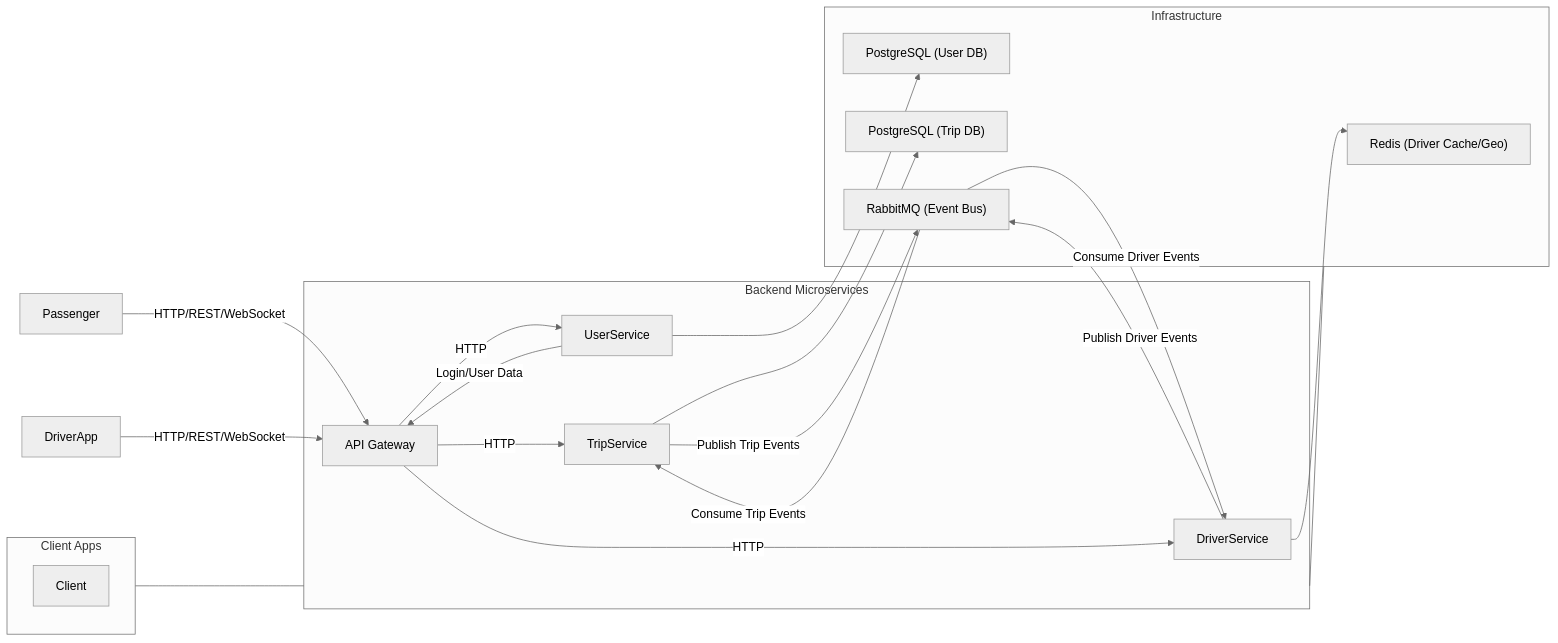
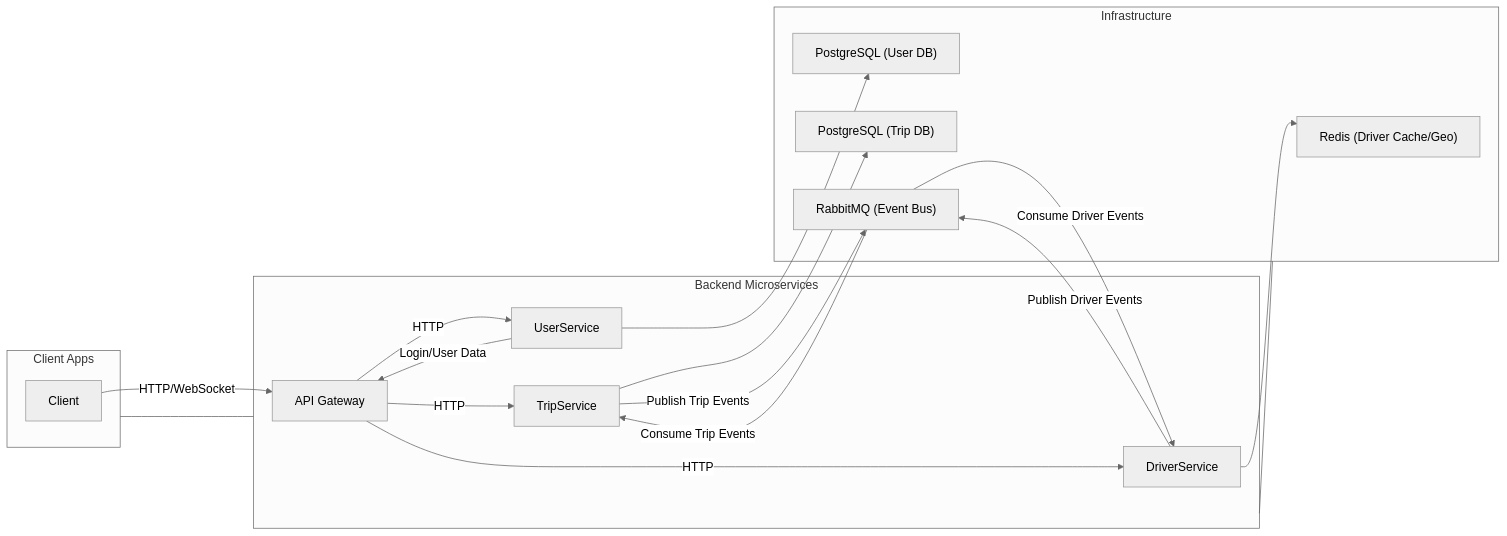
One commit to LeVanHuy84/uit-go-project changed the second of 4 diagrams in ARCHITECTURE.md. Above: the diagram before and after it, drawn with Mermaid (neutral theme).

Commit message:
Simplify client communication representation

````diff
--- a/ARCHITECTURE.md
+++ b/ARCHITECTURE.md
@@ -108,72 +108,71 @@
 ```mermaid
 flowchart LR
   %% ===========================
   %% CLIENT LAYER
   %% ===========================
   subgraph Clients["Client Apps"]
     Client["Client"]
   end
 
   %% ===========================
   %% SERVICE LAYER
   %% ===========================
   subgraph Services["Backend Microservices"]
     ApiGateway["API Gateway"]
     UserSvc["UserService"]
     TripSvc["TripService"]
     DriverSvc["DriverService"]
   end
 
   %% ===========================
   %% INFRASTRUCTURE LAYER
   %% ===========================
   subgraph Infra["Infrastructure"]
     Redis["Redis (Driver Cache/Geo)"]
     PostgresUser["PostgreSQL (User DB)"]
     PostgresTrip["PostgreSQL (Trip DB)"]
     MQ["RabbitMQ (Event Bus)"]
   end
 
   %% ===========================
   %% CLIENT → GATEWAY
   %% ===========================
-  Passenger --> |HTTP/REST/WebSocket| ApiGateway
-  DriverApp --> |HTTP/REST/WebSocket| ApiGateway
+  Client --> |HTTP/WebSocket| ApiGateway
 
   %% ===========================
   %% GATEWAY → SERVICES
   %% ===========================
   ApiGateway --> |HTTP| UserSvc
   ApiGateway --> |HTTP| TripSvc
   ApiGateway --> |HTTP| DriverSvc
 
   %% ===========================
   %% AUTH FLOW (LOGIN)
   %% ===========================
   UserSvc --> |Login/User Data| ApiGateway
 
   %% ===========================
   %% DATABASE CONNECTIONS
   %% ===========================
   UserSvc --> PostgresUser
   TripSvc --> PostgresTrip
 
   %% ===========================
   %% REDIS CACHE
   %% ===========================
   DriverSvc --> Redis
 
   %% ===========================
   %% RABBITMQ EVENTS
   %% ===========================
   TripSvc --> |Publish Trip Events| MQ
   MQ --> |Consume Driver Events| DriverSvc
 
   DriverSvc --> |Publish Driver Events| MQ
   MQ --> |Consume Trip Events| TripSvc
 
   %% ===========================
   %% ALIGNMENT
   %% ===========================
   Clients --- Services --- Infra
 ```
````
